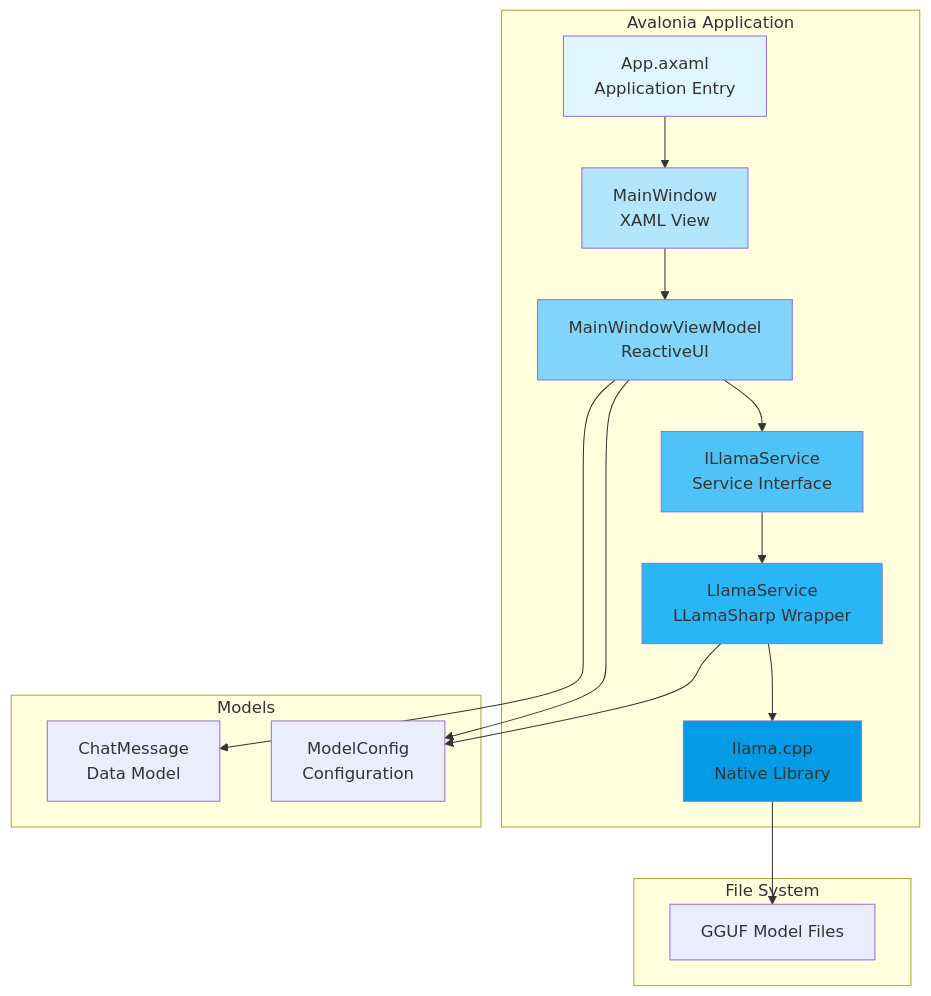
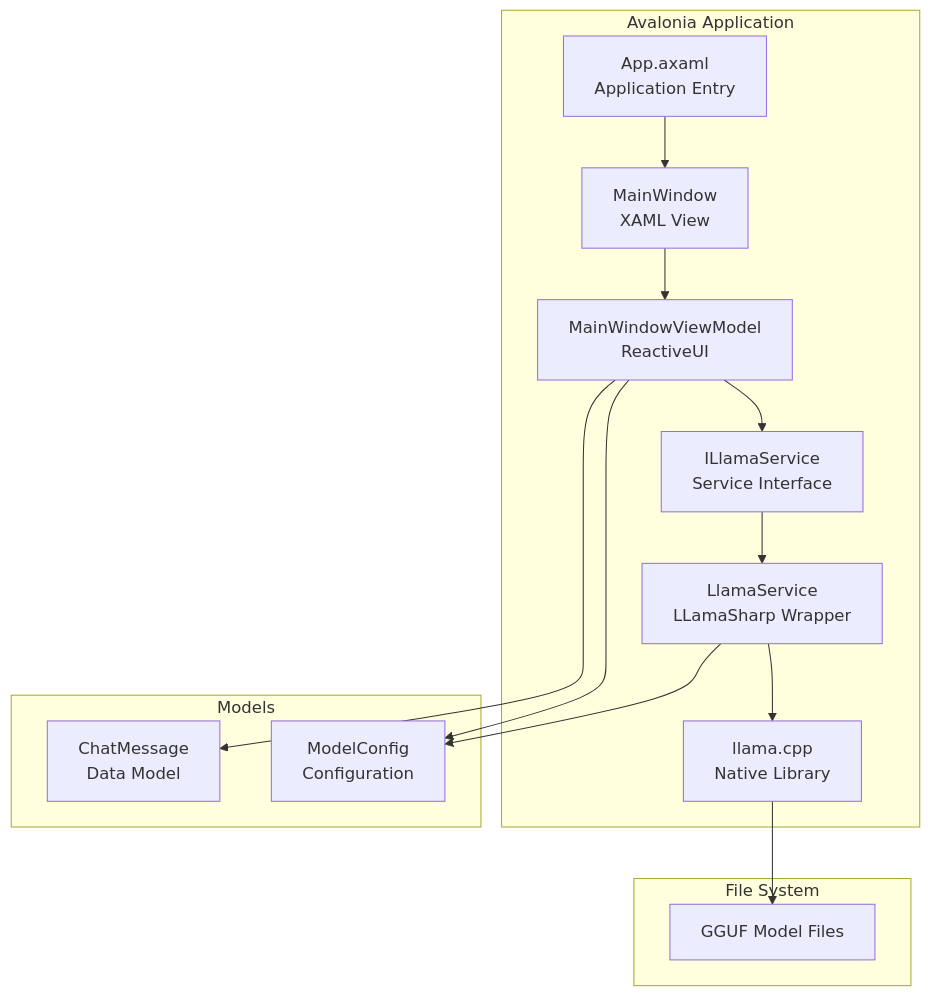
Before and after one commit to Shaddix/mostlylucidweb: the first of 2 diagrams in Mostlylucid/Markdown/avalonia-tinyllm-chat.md, drawn with Mermaid. The commit also changed other lines of this file and 1 other file, not shown here.

````diff
--- a/Mostlylucid/Markdown/avalonia-tinyllm-chat.md
+++ b/Mostlylucid/Markdown/avalonia-tinyllm-chat.md
@@ -46,32 +46,27 @@
 ```mermaid
 graph TB
     subgraph "Avalonia Application"
         A[App.axaml<br/>Application Entry] --> B[MainWindow<br/>XAML View]
         B --> C[MainWindowViewModel<br/>ReactiveUI]
         C --> D[ILlamaService<br/>Service Interface]
         D --> E[LlamaService<br/>LLamaSharp Wrapper]
         E --> F[llama.cpp<br/>Native Library]
     end
 
     subgraph "Models"
         G[ChatMessage<br/>Data Model]
         H[ModelConfig<br/>Configuration]
     end
 
     C --> G
     C --> H
     E --> H
 
     subgraph "File System"
         I[GGUF Model Files]
     end
 
     F --> I
 
-    style A fill:#e1f5ff
-    style B fill:#b3e5fc
-    style C fill:#81d4fa
-    style D fill:#4fc3f7
-    style E fill:#29b6f6
-    style F fill:#039be5
+
 ```
````
